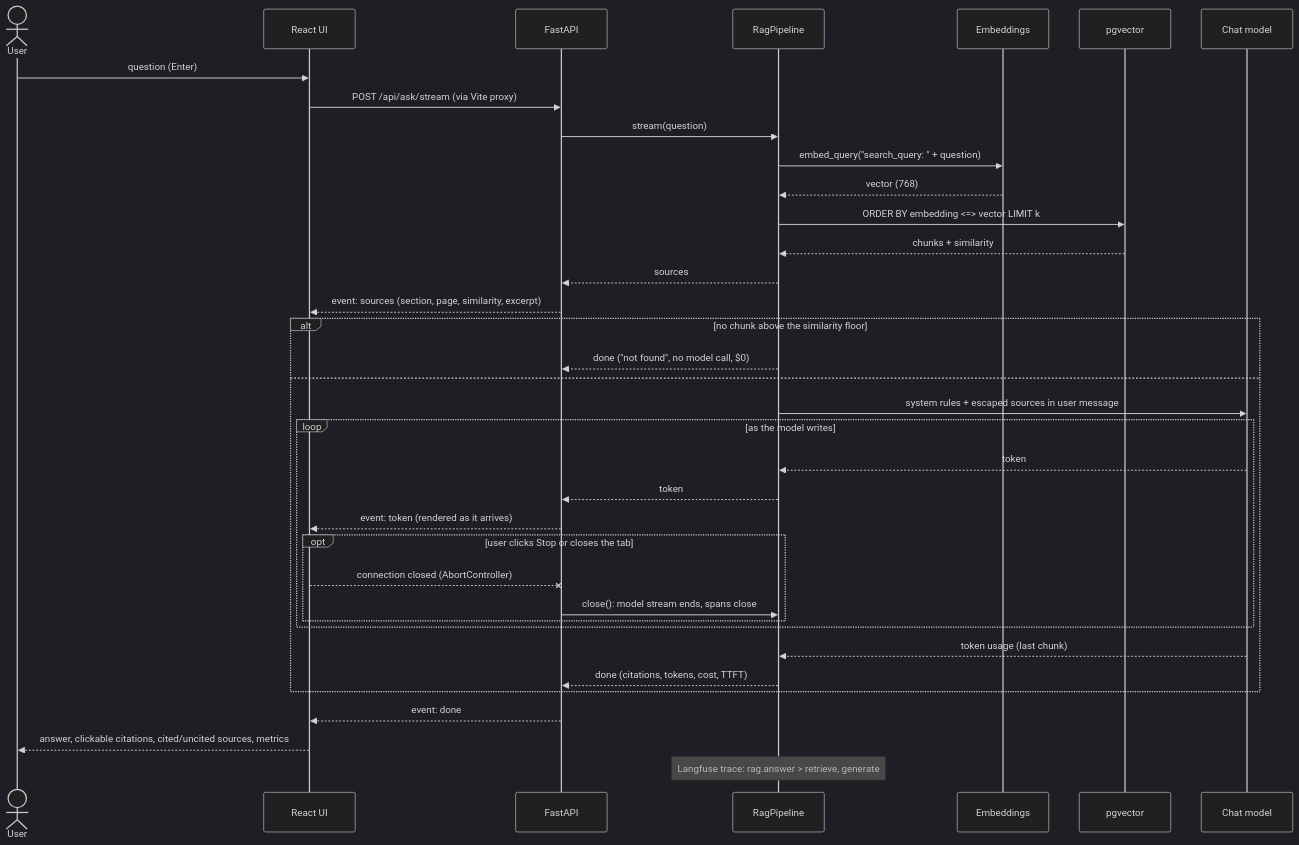
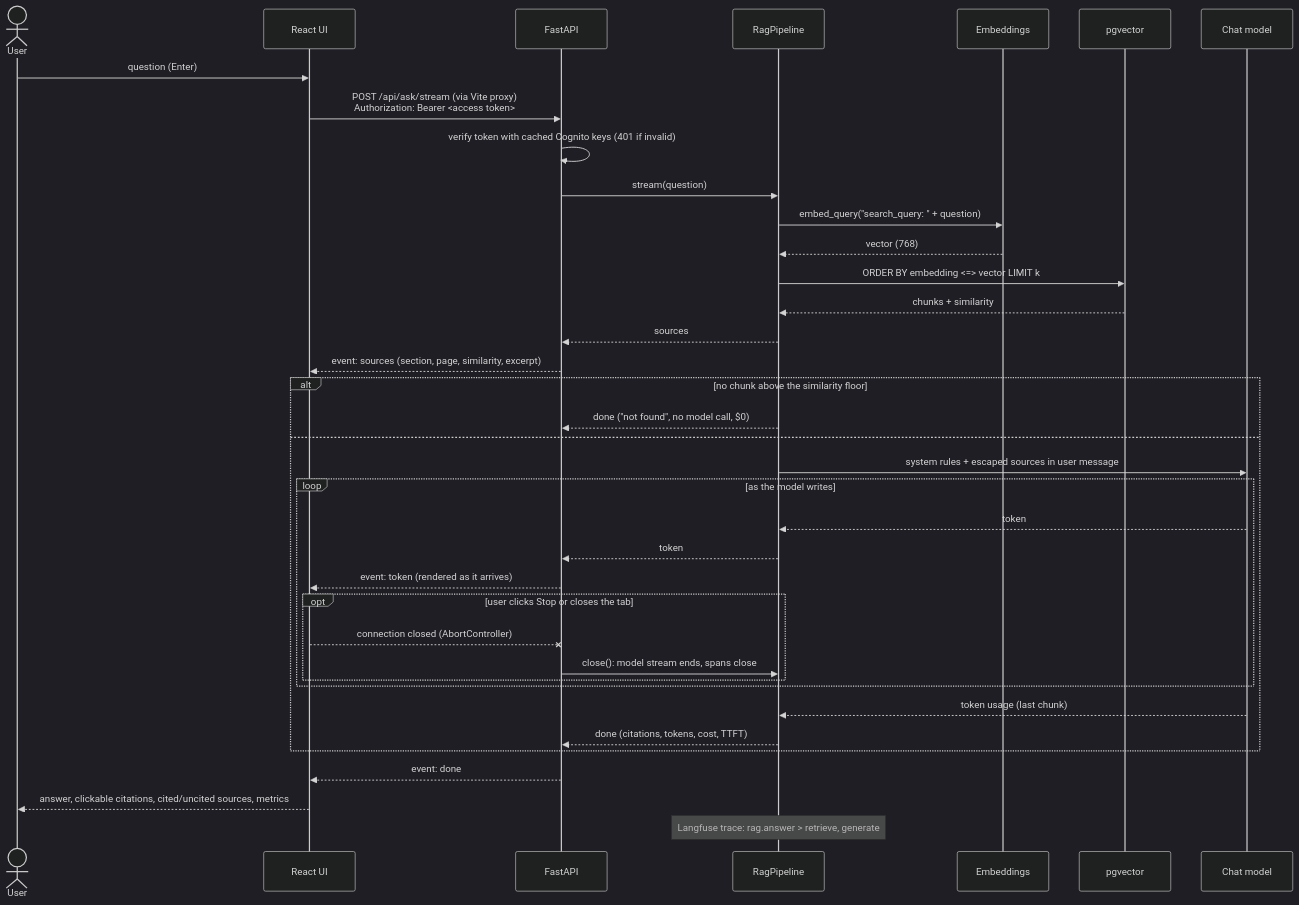
One commit to ashokgharpankar/kb-assistant changed the second of 5 diagrams in docs/architecture/README.md. Above: the diagram before and after it, drawn with Mermaid (dark theme). The commit also changed other lines of this file and 36 other files, not shown here.

Commit message:
Phase 2c: Cognito sign-in, token verification in the API, dependencies

````diff
--- a/docs/architecture/README.md
+++ b/docs/architecture/README.md
@@ -59,39 +68,40 @@
 ```mermaid
 sequenceDiagram
   actor U as User
   participant UI as React UI
   participant API as FastAPI
   participant R as RagPipeline
   participant EM as Embeddings
   participant DB as pgvector
   participant LLM as Chat model
 
   U->>UI: question (Enter)
-  UI->>API: POST /api/ask/stream (via Vite proxy)
+  UI->>API: POST /api/ask/stream (via Vite proxy)<br/>Authorization: Bearer <access token>
+  API->>API: verify token with cached Cognito keys (401 if invalid)
   API->>R: stream(question)
   R->>EM: embed_query("search_query: " + question)
   EM-->>R: vector (768)
   R->>DB: ORDER BY embedding <=> vector LIMIT k
   DB-->>R: chunks + similarity
   R-->>API: sources
   API-->>UI: event: sources (section, page, similarity, excerpt)
   alt no chunk above the similarity floor
     R-->>API: done ("not found", no model call, $0)
   else
     R->>LLM: system rules + escaped sources in user message
     loop as the model writes
       LLM-->>R: token
       R-->>API: token
       API-->>UI: event: token (rendered as it arrives)
       opt user clicks Stop or closes the tab
         UI--xAPI: connection closed (AbortController)
         API->>R: close(): model stream ends, spans close
       end
     end
     LLM-->>R: token usage (last chunk)
     R-->>API: done (citations, tokens, cost, TTFT)
   end
   API-->>UI: event: done
   UI-->>U: answer, clickable citations, cited/uncited sources, metrics
   Note over R: Langfuse trace: rag.answer > retrieve, generate
 ```
````
